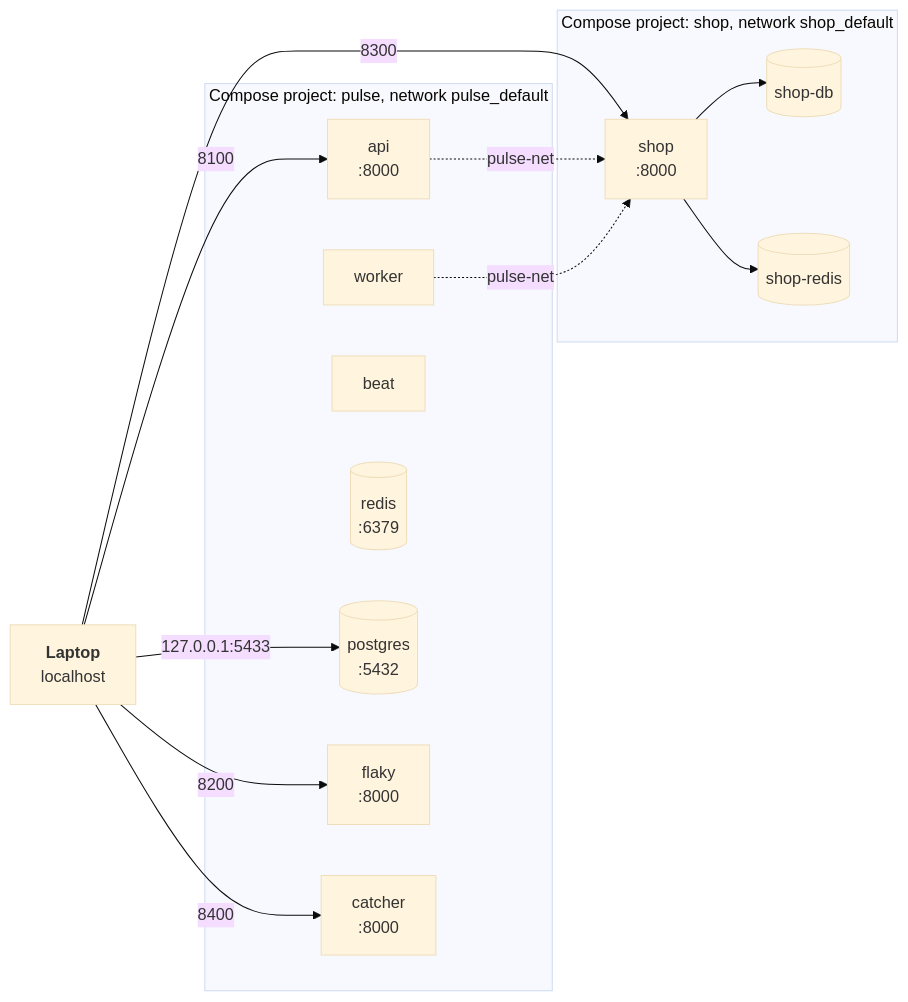
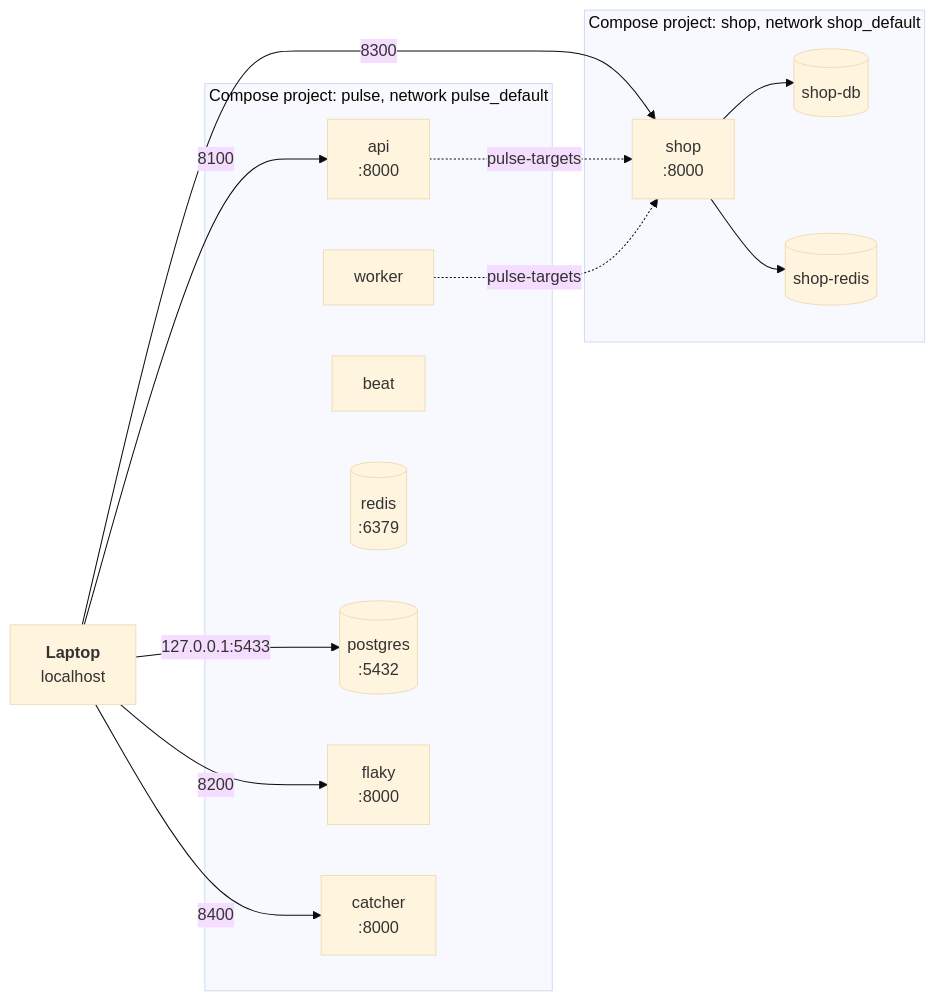
Before and after one commit to wbaghdadi20/pulse: the third of 13 diagrams in ARCHITECTURE.md, drawn with Mermaid (base theme). The commit also changed other lines of this file and 4 other files, not shown here.

Commit message:
build: name the shared network pulse-targets

````diff
--- a/ARCHITECTURE.md
+++ b/ARCHITECTURE.md
@@ -112,30 +112,30 @@
 ```mermaid
 flowchart LR
     host["<b>Laptop</b><br/>localhost"]
 
     subgraph pulseproj ["Compose project: pulse, network pulse_default"]
         api["api<br/>:8000"]
         worker["worker"]
         beat["beat"]
         redis[("redis<br/>:6379")]
         postgres[("postgres<br/>:5432")]
         flaky["flaky<br/>:8000"]
         catcher["catcher<br/>:8000"]
     end
 
     subgraph shopproj ["Compose project: shop, network shop_default"]
         shop["shop<br/>:8000"]
         shopdb[("shop-db")]
         shopredis[("shop-redis")]
     end
 
     host -- "8100" --> api
     host -- "8200" --> flaky
     host -- "8400" --> catcher
     host -- "127.0.0.1:5433" --> postgres
     host -- "8300" --> shop
-    api -. "pulse-net" .-> shop
-    worker -. "pulse-net" .-> shop
+    api -. "pulse-targets" .-> shop
+    worker -. "pulse-targets" .-> shop
     shop --> shopdb
     shop --> shopredis
 ```
````
